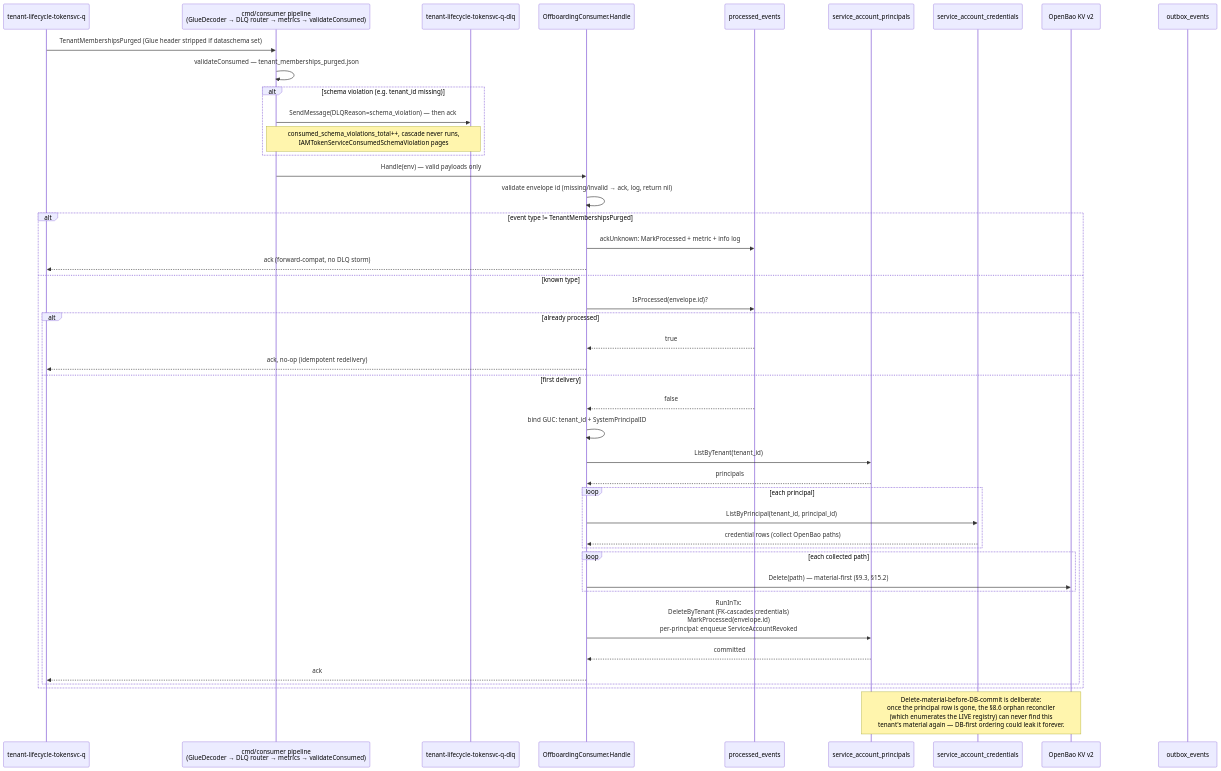
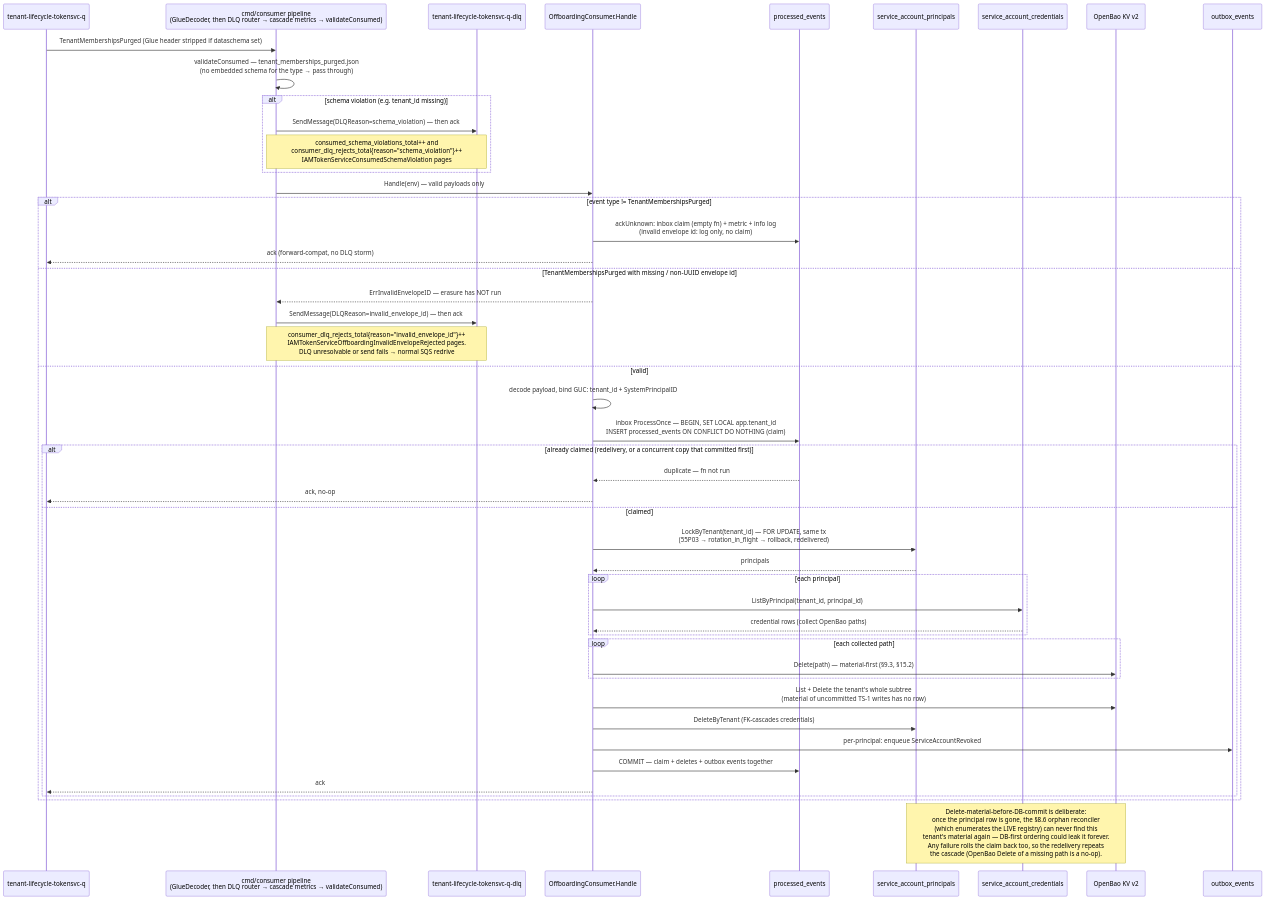
The diagram in docs/architecture/mermaid/offboarding-cascade-flow.mmd (BCBP-SOLUTIONS-FZC-LLC/iam-token-service), drawn with Mermaid before and after one commit. The commit also changed 234 other files, not shown here.

```diff
--- a/docs/architecture/mermaid/offboarding-cascade-flow.mmd
+++ b/docs/architecture/mermaid/offboarding-cascade-flow.mmd
@@ -1,52 +1,59 @@
 %% TenantMembershipsPurged consumer (LLD §7.1, §8.4). One active inbound
-%% subscription. Idempotent via processed_events keyed on envelope id.
-%% Unknown event types and malformed envelope ids are acked, never
-%% retried (ackUnknown / dedup.go) — a producer schema addition must
-%% never DLQ-storm this queue. Before Handle, cmd/consumer's pipeline strips
-%% the Glue header (GlueDecoder) and validates the payload against the
-%% embedded consumed schema; a violation goes straight to the DLQ.
+%% subscription. Exactly-once via platform-events' inbox (pkg/inbox) over
+%% processed_events, keyed on envelope id: claim + cascade in one tx, with
+%% the tenant's principal rows locked (LockByTenant). Unknown event types
+%% are acked, never retried (ackUnknown / dedup.go) — a producer schema
+%% addition must never DLQ-storm this queue. A TenantMembershipsPurged with
+%% a missing/invalid envelope id is NOT acked: the DLQ router sends it to
+%% the DLQ (invalid_envelope_id), like a consumed-schema violation
+%% (schema_violation). Before Handle, cmd/consumer's pipeline strips the
+%% Glue header (GlueDecoder) and validates the payload.
 sequenceDiagram
     participant SQS as tenant-lifecycle-tokensvc-q
-    participant PIPE as cmd/consumer pipeline<br/>(GlueDecoder → DLQ router → metrics → validateConsumed)
+    participant PIPE as cmd/consumer pipeline<br/>(GlueDecoder, then DLQ router → cascade metrics → validateConsumed)
     participant DLQ as tenant-lifecycle-tokensvc-q-dlq
     participant C as OffboardingConsumer.Handle
     participant PE as processed_events
     participant PRIN as service_account_principals
     participant CRED as service_account_credentials
     participant BAO as OpenBao KV v2
     participant PUB as outbox_events
 
     SQS->>PIPE: TenantMembershipsPurged (Glue header stripped if dataschema set)
-    PIPE->>PIPE: validateConsumed — tenant_memberships_purged.json
+    PIPE->>PIPE: validateConsumed — tenant_memberships_purged.json<br/>(no embedded schema for the type → pass through)
     alt schema violation (e.g. tenant_id missing)
         PIPE->>DLQ: SendMessage(DLQReason=schema_violation) — then ack
-        Note over PIPE,DLQ: consumed_schema_violations_total++, cascade never runs,<br/>IAMTokenServiceConsumedSchemaViolation pages
+        Note over PIPE,DLQ: consumed_schema_violations_total++ and<br/>consumer_dlq_rejects_total{reason="schema_violation"}++<br/>IAMTokenServiceConsumedSchemaViolation pages
     end
     PIPE->>C: Handle(env) — valid payloads only
-    C->>C: validate envelope id (missing/invalid → ack, log, return nil)
     alt event type != TenantMembershipsPurged
-        C->>PE: ackUnknown: MarkProcessed + metric + info log
+        C->>PE: ackUnknown: inbox claim (empty fn) + metric + info log<br/>(invalid envelope id: log only, no claim)
         C-->>SQS: ack (forward-compat, no DLQ storm)
-    else known type
-        C->>PE: IsProcessed(envelope.id)?
-        alt already processed
-            PE-->>C: true
-            C-->>SQS: ack, no-op (idempotent redelivery)
-        else first delivery
-            PE-->>C: false
-            C->>C: bind GUC: tenant_id + SystemPrincipalID
-            C->>PRIN: ListByTenant(tenant_id)
+    else TenantMembershipsPurged with missing / non-UUID envelope id
+        C-->>PIPE: ErrInvalidEnvelopeID — erasure has NOT run
+        PIPE->>DLQ: SendMessage(DLQReason=invalid_envelope_id) — then ack
+        Note over PIPE,DLQ: consumer_dlq_rejects_total{reason="invalid_envelope_id"}++<br/>IAMTokenServiceOffboardingInvalidEnvelopeRejected pages.<br/>DLQ unresolvable or send fails → normal SQS redrive
+    else valid
+        C->>C: decode payload, bind GUC: tenant_id + SystemPrincipalID
+        C->>PE: inbox ProcessOnce — BEGIN, SET LOCAL app.tenant_id<br/>INSERT processed_events ON CONFLICT DO NOTHING (claim)
+        alt already claimed (redelivery, or a concurrent copy that committed first)
+            PE-->>C: duplicate — fn not run
+            C-->>SQS: ack, no-op
+        else claimed
+            C->>PRIN: LockByTenant(tenant_id) — FOR UPDATE, same tx<br/>(55P03 → rotation_in_flight → rollback, redelivered)
             PRIN-->>C: principals
             loop each principal
                 C->>CRED: ListByPrincipal(tenant_id, principal_id)
                 CRED-->>C: credential rows (collect OpenBao paths)
             end
             loop each collected path
                 C->>BAO: Delete(path) — material-first (§9.3, §15.2)
             end
-            C->>PRIN: RunInTx:<br/>DeleteByTenant (FK-cascades credentials)<br/>MarkProcessed(envelope.id)<br/>per-principal: enqueue ServiceAccountRevoked
-            PRIN-->>C: committed
+            C->>BAO: List + Delete the tenant's whole subtree<br/>(material of uncommitted TS-1 writes has no row)
+            C->>PRIN: DeleteByTenant (FK-cascades credentials)
+            C->>PUB: per-principal: enqueue ServiceAccountRevoked
+            C->>PE: COMMIT — claim + deletes + outbox events together
             C-->>SQS: ack
         end
     end
-    Note over BAO,PRIN: Delete-material-before-DB-commit is deliberate:<br/>once the principal row is gone, the §8.6 orphan reconciler<br/>(which enumerates the LIVE registry) can never find this<br/>tenant's material again — DB-first ordering could leak it forever.
+    Note over BAO,PRIN: Delete-material-before-DB-commit is deliberate:<br/>once the principal row is gone, the §8.6 orphan reconciler<br/>(which enumerates the LIVE registry) can never find this<br/>tenant's material again — DB-first ordering could leak it forever.<br/>Any failure rolls the claim back too, so the redelivery repeats<br/>the cascade (OpenBao Delete of a missing path is a no-op).
```
